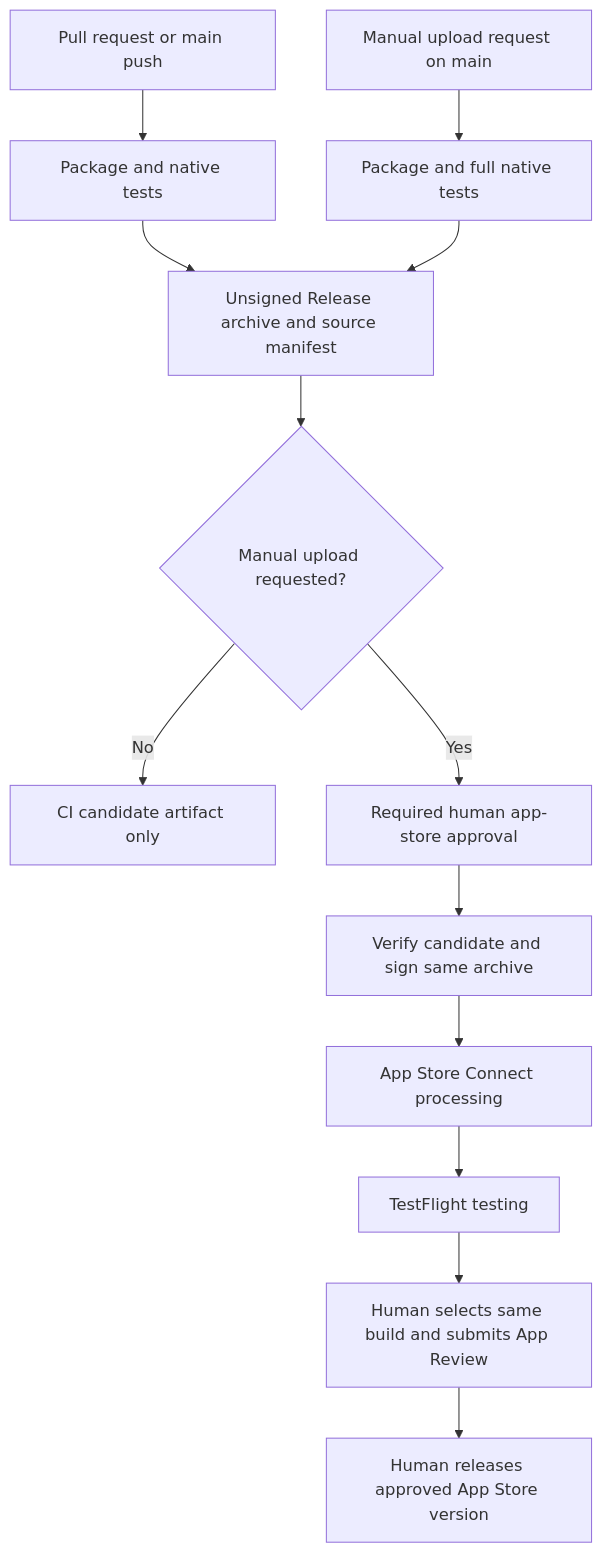
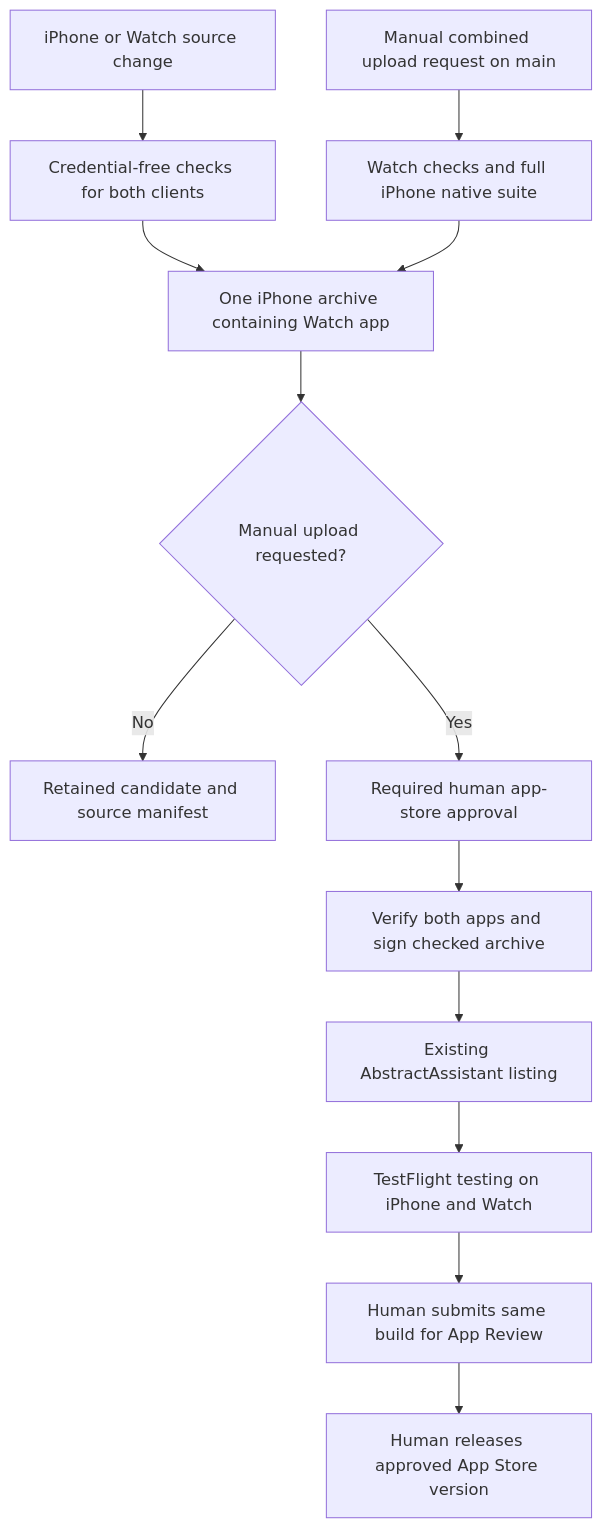
The diagram in phone/iphone/docs/distribution.md (lpalbou/AbstractAssistant), drawn with Mermaid before and after one commit. The commit also changed other lines of this file and 21 other files, not shown here.

Commit message:
Unify human-gated iPhone and Watch Store delivery (1042)

````diff
--- a/phone/iphone/docs/distribution.md
+++ b/phone/iphone/docs/distribution.md
@@ -7,15 +9,15 @@
 ```mermaid
 flowchart TD
-    Change[Pull request or main push] --> CI[Package and native tests]
-    Manual[Manual upload request on main] --> Full[Package and full native tests]
-    CI --> Archive[Unsigned Release archive and source manifest]
+    Change[iPhone or Watch source change] --> Tests[Credential-free checks for both clients]
+    Manual[Manual combined upload request on main] --> Full[Watch checks and full iPhone native suite]
+    Tests --> Archive[One iPhone archive containing Watch app]
     Full --> Archive
     Archive --> Intent{Manual upload requested?}
-    Intent -->|No| Artifact[CI candidate artifact only]
+    Intent -->|No| Candidate[Retained candidate and source manifest]
     Intent -->|Yes| Human[Required human app-store approval]
-    Human --> Verify[Verify candidate and sign same archive]
-    Verify --> ASC[App Store Connect processing]
-    ASC --> Beta[TestFlight testing]
-    Beta --> Review[Human selects same build and submits App Review]
+    Human --> Verify[Verify both apps and sign checked archive]
+    Verify --> ASC[Existing AbstractAssistant listing]
+    ASC --> Beta[TestFlight testing on iPhone and Watch]
+    Beta --> Review[Human submits same build for App Review]
     Review --> Release[Human releases approved App Store version]
 ```
````
